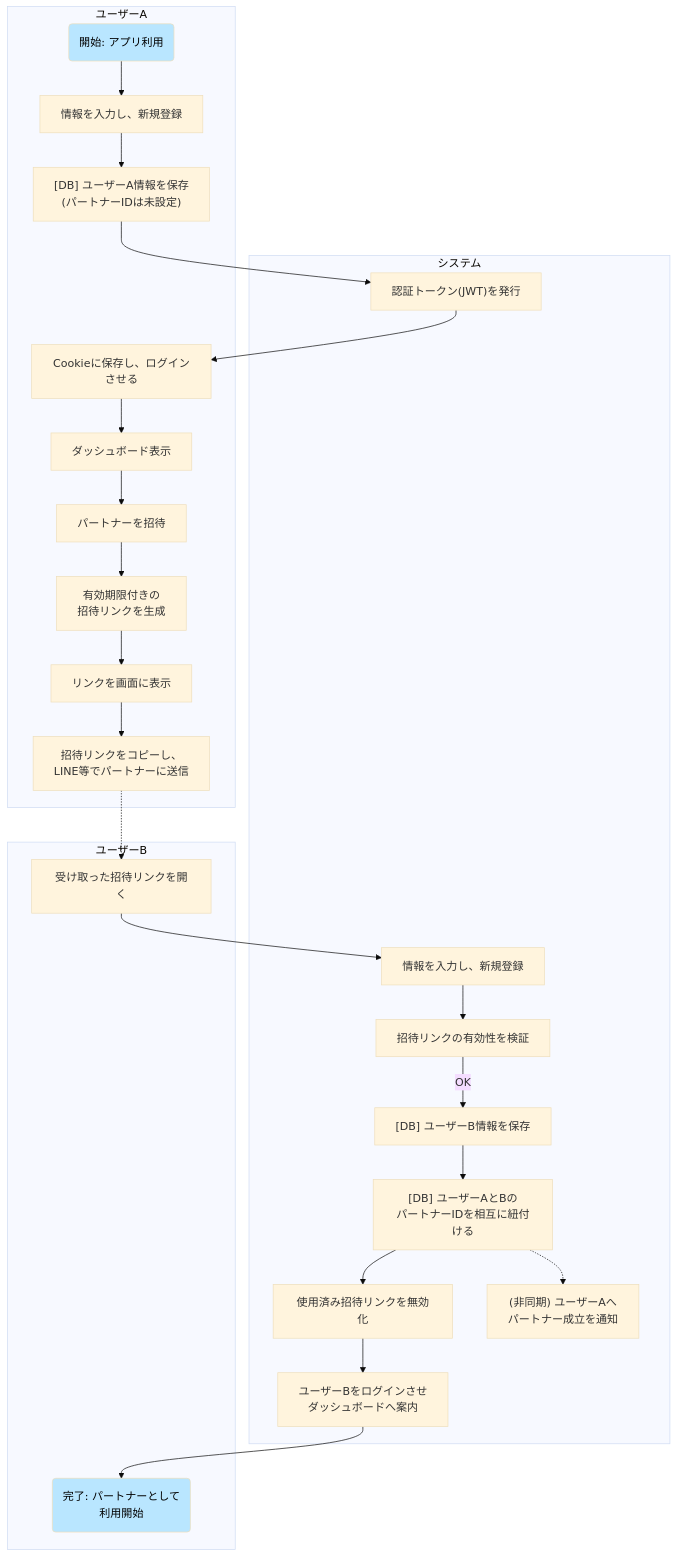
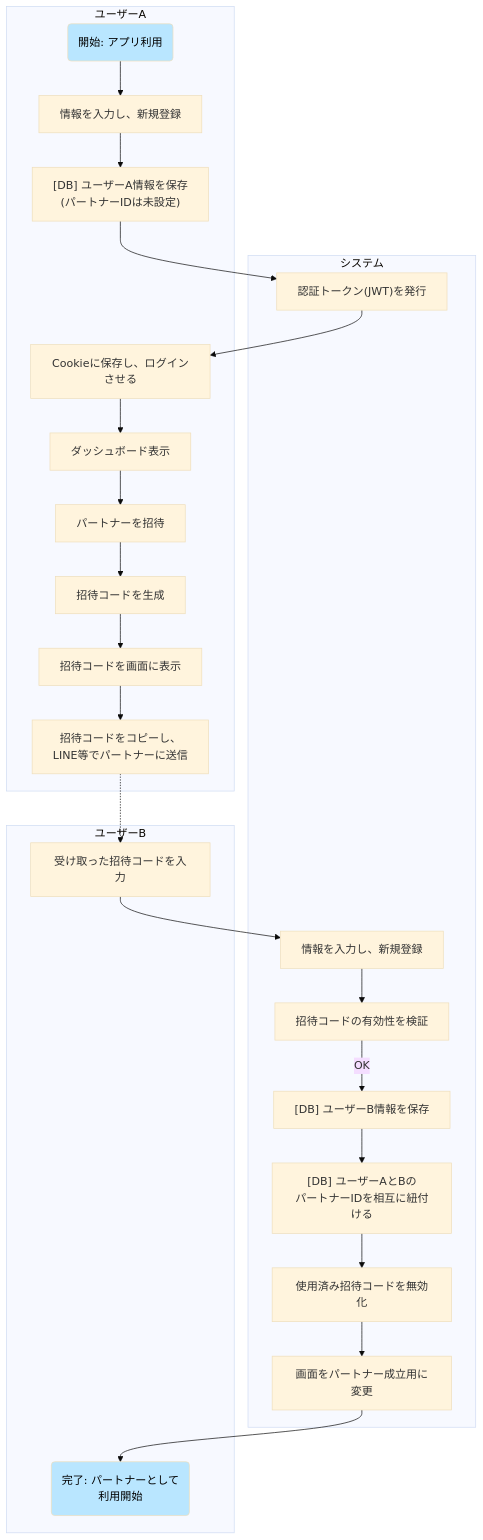
The first of 9 diagrams in docs/design.md (compile425/yubikirigennmann), drawn with Mermaid (base theme) before and after one commit. The commit also changed other lines of this file, not shown here.

````diff
--- a/docs/design.md
+++ b/docs/design.md
@@ -11,27 +11,26 @@
 ```mermaid
 graph TD
     subgraph ユーザーA
         A1("開始: アプリ利用") --> A2["情報を入力し、新規登録"]
         A2 --> S1
         S3 --> A3["ダッシュボード表示"] --> A4["パートナーを招待"]
         A4 --> S5
-        S6 --> A5["招待リンクをコピーし、<br>LINE等でパートナーに送信"]
+        S6 --> A5["招待コードをコピーし、<br>LINE等でパートナーに送信"]
     end
 
     subgraph システム
         S1["[DB] ユーザーA情報を保存<br>(パートナーIDは未設定)"] --> S2["認証トークン(JWT)を発行"] --> S3["Cookieに保存し、ログインさせる"]
-        S5["有効期限付きの<br>招待リンクを生成"] --> S6["リンクを画面に表示"]
-        B2 --> S7["招待リンクの有効性を検証"]
-        S7 -- OK --> S8["[DB] ユーザーB情報を保存"] --> S9["[DB] ユーザーAとBの<br>パートナーIDを相互に紐付ける"] --> S10["使用済み招待リンクを無効化"] --> S11["ユーザーBをログインさせ<br>ダッシュボードへ案内"]
-        S9 -.-> S12["(非同期) ユーザーAへ<br>パートナー成立を通知"]
+        S5["招待コードを生成"] --> S6["招待コードを画面に表示"]
+        B2 --> S7["招待コードの有効性を検証"]
+        S7 -- OK --> S8["[DB] ユーザーB情報を保存"] --> S9["[DB] ユーザーAとBの<br>パートナーIDを相互に紐付ける"] --> S10["使用済み招待コードを無効化"] --> S11["画面をパートナー成立用に変更"]
     end
 
     subgraph ユーザーB
-        A5 -.-> B1["受け取った招待リンクを開く"] --> B2["情報を入力し、新規登録"]
+        A5 -.-> B1["受け取った招待コードを入力"] --> B2["情報を入力し、新規登録"]
         S11 --> B3("完了: パートナーとして<br>利用開始")
     end
 
     style A1 fill:#B9E6FF,color:#000
     style B3 fill:#B9E6FF,color:#000
 
 ```
````
